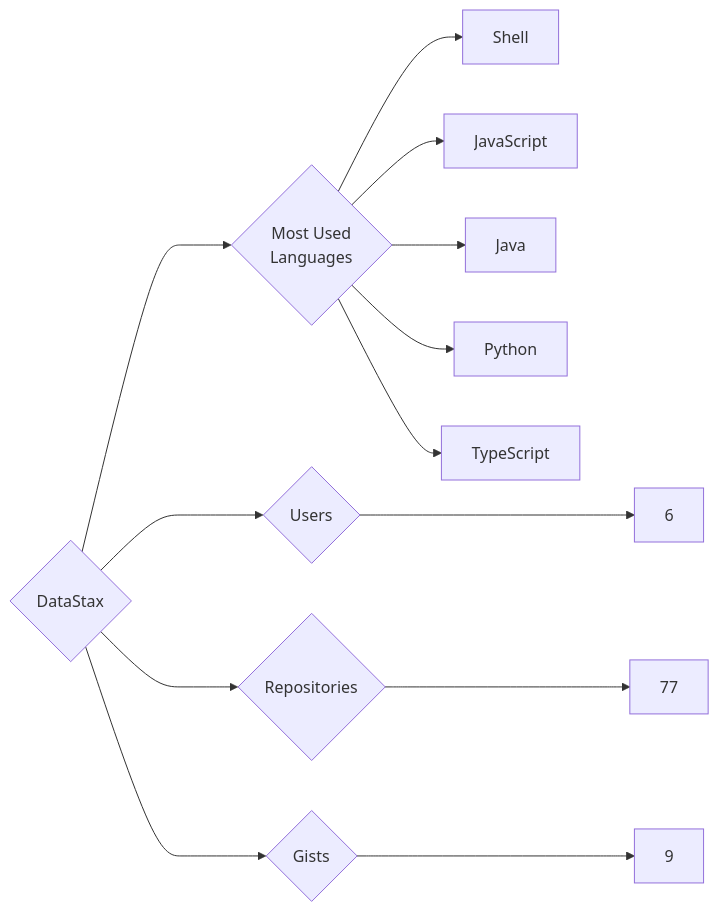
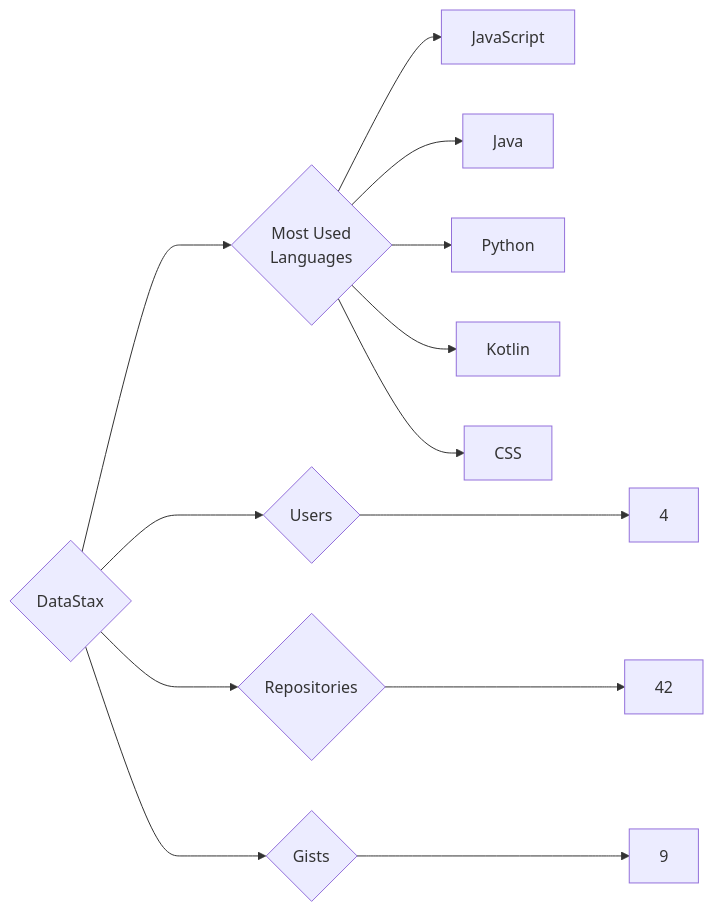
Before and after one commit to trickest/insiders: the diagram in targets/DataStax/README.md, drawn with Mermaid. The commit also changed 942 other files, not shown here.

````diff
--- a/targets/DataStax/README.md
+++ b/targets/DataStax/README.md
@@ -3,13 +3,13 @@
 ```mermaid
 graph LR
 COMPANY_NAME{DataStax}
-COMPANY_NAME ---> U{Users} ---> UN[6]
-COMPANY_NAME ---> R{Repositories} ---> RN[77]
+COMPANY_NAME ---> U{Users} ---> UN[4]
+COMPANY_NAME ---> R{Repositories} ---> RN[42]
 COMPANY_NAME ---> G{Gists} ---> GN[9]
 COMPANY_NAME ---> ML{Most Used<br>Languages}
-ML --> Shell[Shell]
 ML --> JavaScript[JavaScript]
 ML --> Java[Java]
 ML --> Python[Python]
-ML --> TypeScript[TypeScript]
+ML --> Kotlin[Kotlin]
+ML --> CSS[CSS]
 ```
````
